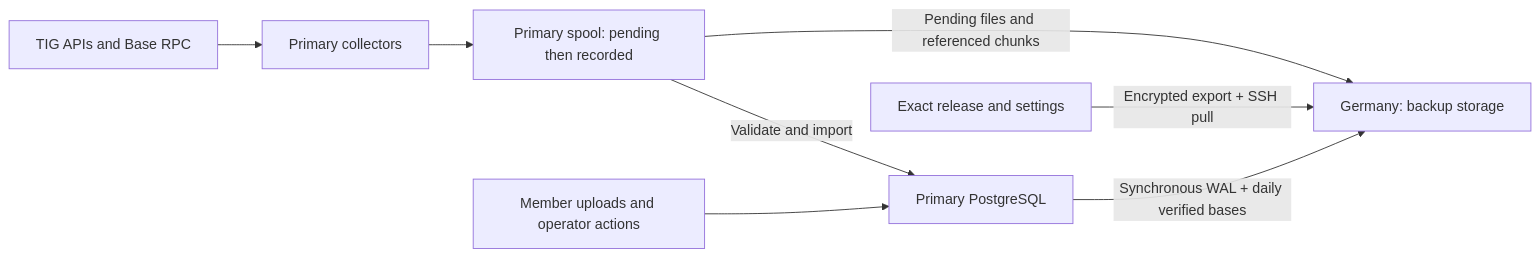
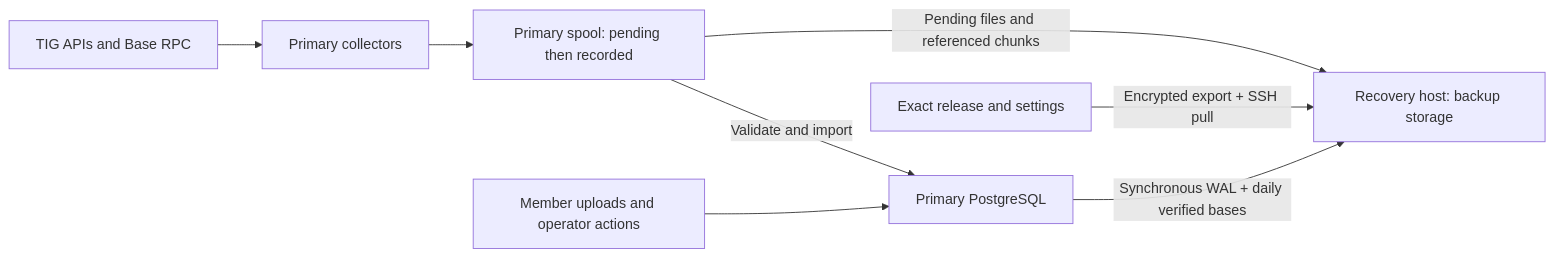
Before and after one commit to Daniel-T-S-Adams/tig-pool-v2: the diagram in docs/STORAGE_MAP.md, drawn with Mermaid. The commit also changed other lines of this file and 68 other files, not shown here.

````diff
--- a/docs/STORAGE_MAP.md
+++ b/docs/STORAGE_MAP.md
@@ -44,10 +37,10 @@
 ```mermaid
 flowchart LR
     Sources["TIG APIs and Base RPC"] --> Collectors["Primary collectors"]
     Collectors --> Spool["Primary spool: pending then recorded"]
     Spool -->|"Validate and import"| DB["Primary PostgreSQL"]
     Members["Member uploads and operator actions"] --> DB
-    DB -->|"Synchronous WAL + daily verified bases"| Recovery["Germany: backup storage"]
+    DB -->|"Synchronous WAL + daily verified bases"| Recovery["Recovery host: backup storage"]
     Spool -->|"Pending files and referenced chunks"| Recovery
     Settings["Exact release and settings"] -->|"Encrypted export + SSH pull"| Recovery
 ```
````
